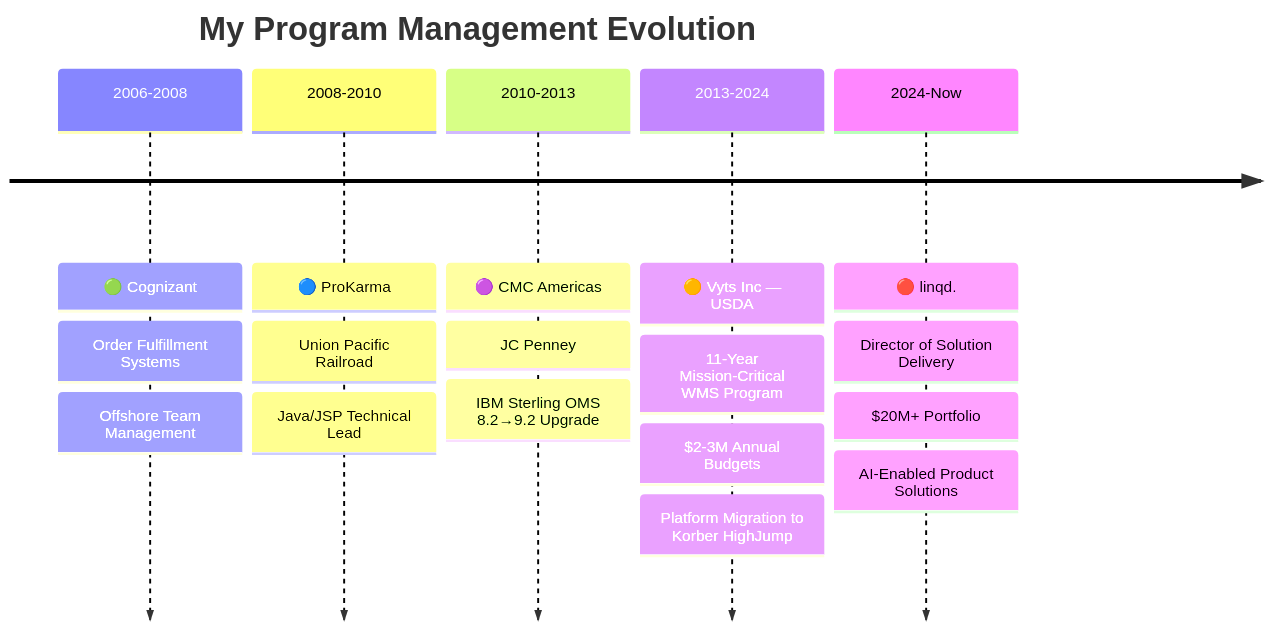
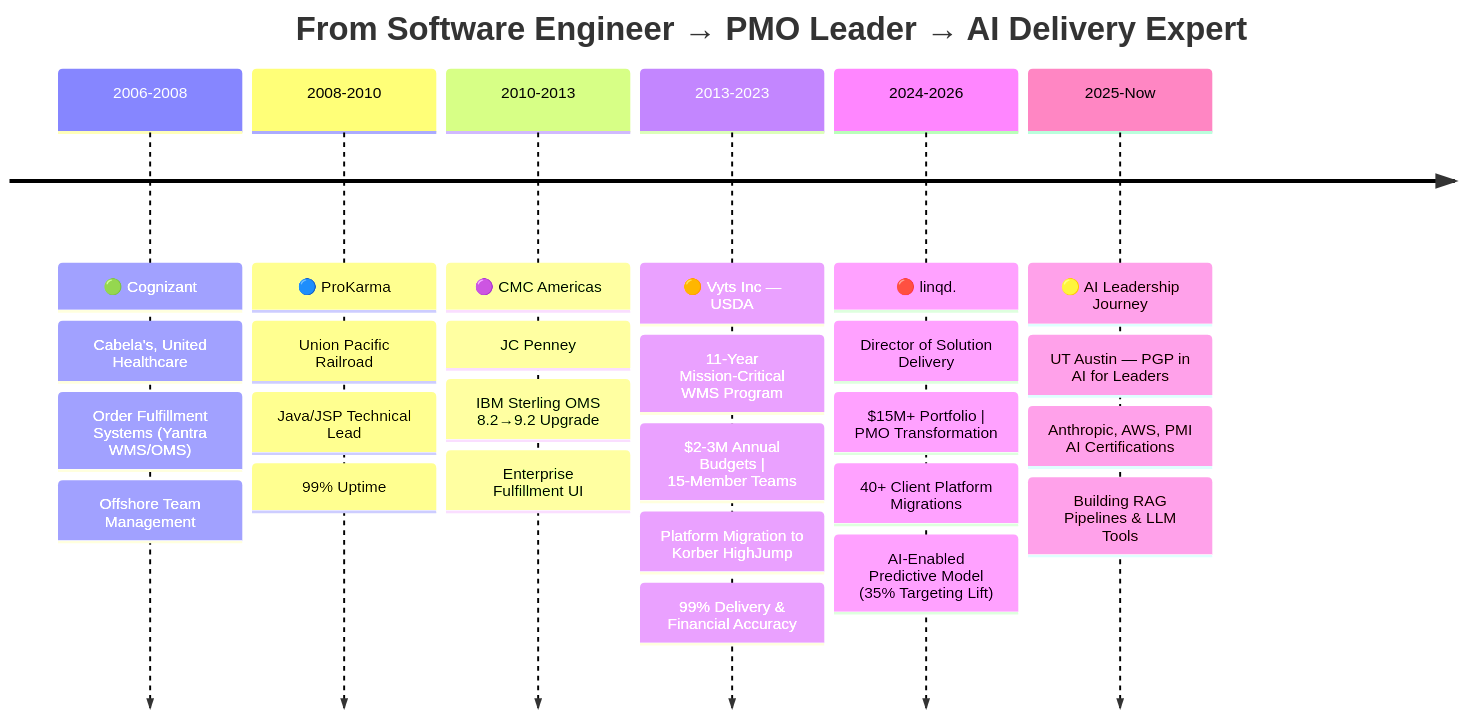
Before and after one commit to akanshacprofile/akanshacprofile: the diagram in README.md, drawn with Mermaid. The commit also changed other lines of this file, not shown here.

````diff
--- a/README.md
+++ b/README.md
@@ -257,21 +278,30 @@
 ```mermaid
 timeline
-    title My Program Management Evolution
+    title From Software Engineer → PMO Leader → AI Delivery Expert
     2006-2008 : 🟢 Cognizant
-              : Order Fulfillment Systems
+              : Cabela's, United Healthcare
+              : Order Fulfillment Systems (Yantra WMS/OMS)
               : Offshore Team Management
     2008-2010 : 🔵 ProKarma
               : Union Pacific Railroad
               : Java/JSP Technical Lead
+              : 99% Uptime
     2010-2013 : 🟣 CMC Americas
               : JC Penney
               : IBM Sterling OMS 8.2→9.2 Upgrade
-    2013-2024 : 🟠 Vyts Inc — USDA
+              : Enterprise Fulfillment UI
+    2013-2023 : 🟠 Vyts Inc — USDA
               : 11-Year Mission-Critical WMS Program
-              : $2-3M Annual Budgets
+              : $2-3M Annual Budgets | 15-Member Teams
               : Platform Migration to Korber HighJump
-    2024-Now  : 🔴 linqd.
+              : 99% Delivery & Financial Accuracy
+    2024-2026 : 🔴 linqd.
               : Director of Solution Delivery
-              : $20M+ Portfolio
-              : AI-Enabled Product Solutions
+              : $15M+ Portfolio | PMO Transformation
+              : 40+ Client Platform Migrations
+              : AI-Enabled Predictive Model (35% Targeting Lift)
+    2025-Now  : 🟡 AI Leadership Journey
+              : UT Austin — PGP in AI for Leaders
+              : Anthropic, AWS, PMI AI Certifications
+              : Building RAG Pipelines & LLM Tools
 ```
````
